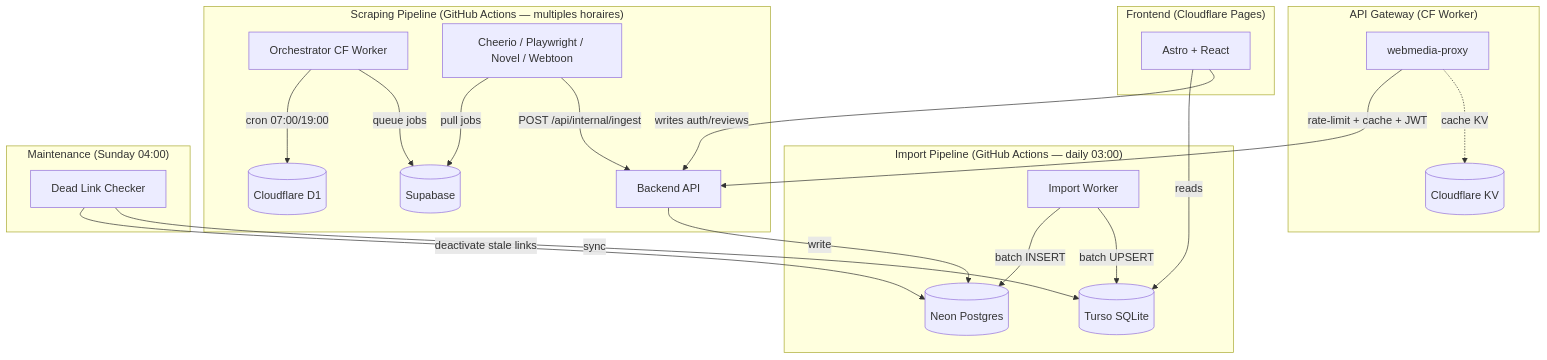
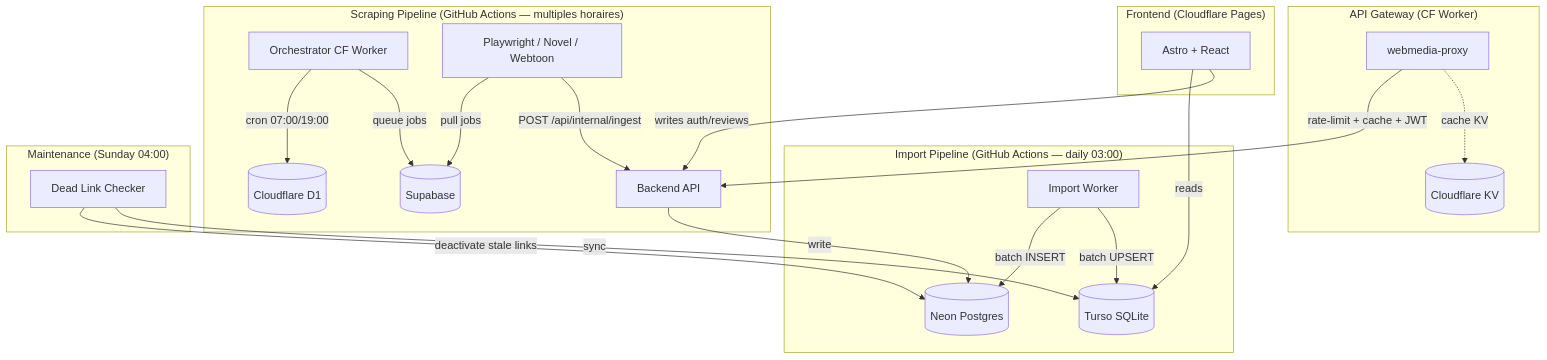
The diagram in ARCHITECTURE_STRATEGY.md (KOUSSEMONAUREL/Project-WebMedia), drawn with Mermaid before and after one commit. The commit also changed other lines of this file and 3 other files, not shown here.

````diff
--- a/ARCHITECTURE_STRATEGY.md
+++ b/ARCHITECTURE_STRATEGY.md
@@ -28,30 +28,30 @@
 ```mermaid
 graph TD
     subgraph "Import Pipeline (GitHub Actions — daily 03:00)"
         IW[Import Worker] -->|batch INSERT| NEON[(Neon Postgres)]
         IW -->|batch UPSERT| TURSO[(Turso SQLite)]
     end
 
     subgraph "Scraping Pipeline (GitHub Actions — multiples horaires)"
         ORC[Orchestrator CF Worker] -->|cron 07:00/19:00| D1[(Cloudflare D1)]
         ORC -->|queue jobs| SUPABASE[(Supabase)]
-        SCR[Cheerio / Playwright / Novel / Webtoon] -->|pull jobs| SUPABASE
+        SCR[Playwright / Novel / Webtoon] -->|pull jobs| SUPABASE
         SCR -->|POST /api/internal/ingest| BA[Backend API]
         BA -->|write| NEON
     end
 
     subgraph "Frontend (Cloudflare Pages)"
         FE[Astro + React] -->|reads| TURSO
         FE -->|writes auth/reviews| BA
     end
 
     subgraph "API Gateway (CF Worker)"
         GW[webmedia-proxy] -->|rate-limit + cache + JWT| BA
         GW -.->|cache KV| KV[(Cloudflare KV)]
     end
 
     subgraph "Maintenance (Sunday 04:00)"
         MC[Dead Link Checker] -->|deactivate stale links| NEON
         MC -->|sync| TURSO
     end
 ```
````
